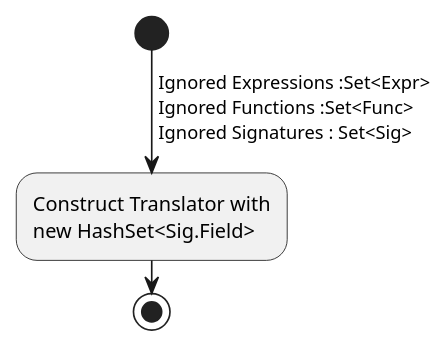
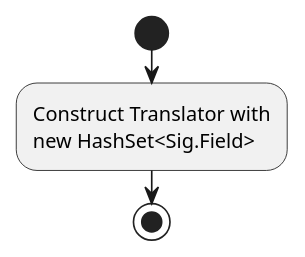
Before and after one commit to ontological-behavior-modeling/tester: the diagram in src/main/javadoc/edu/gatech/gtri/obm/translator/alloy/fromxmi/doc-files/Translator3.puml, drawn with PlantUML. The commit also changed 14 other files, not shown here.

```diff
--- a/src/main/javadoc/edu/gatech/gtri/obm/translator/alloy/fromxmi/doc-files/Translator3.puml
+++ b/src/main/javadoc/edu/gatech/gtri/obm/translator/alloy/fromxmi/doc-files/Translator3.puml
@@ -1,9 +1,6 @@
 @startuml
 start
- -> Ignored Expressions :Set<Expr>
- Ignored Functions :Set<Func>
- Ignored Signatures : Set<Sig>;
- :Construct Translator with
- new HashSet<Sig.Field>;
+:Construct Translator with
+new HashSet<Sig.Field>;
 stop
 @enduml
```
